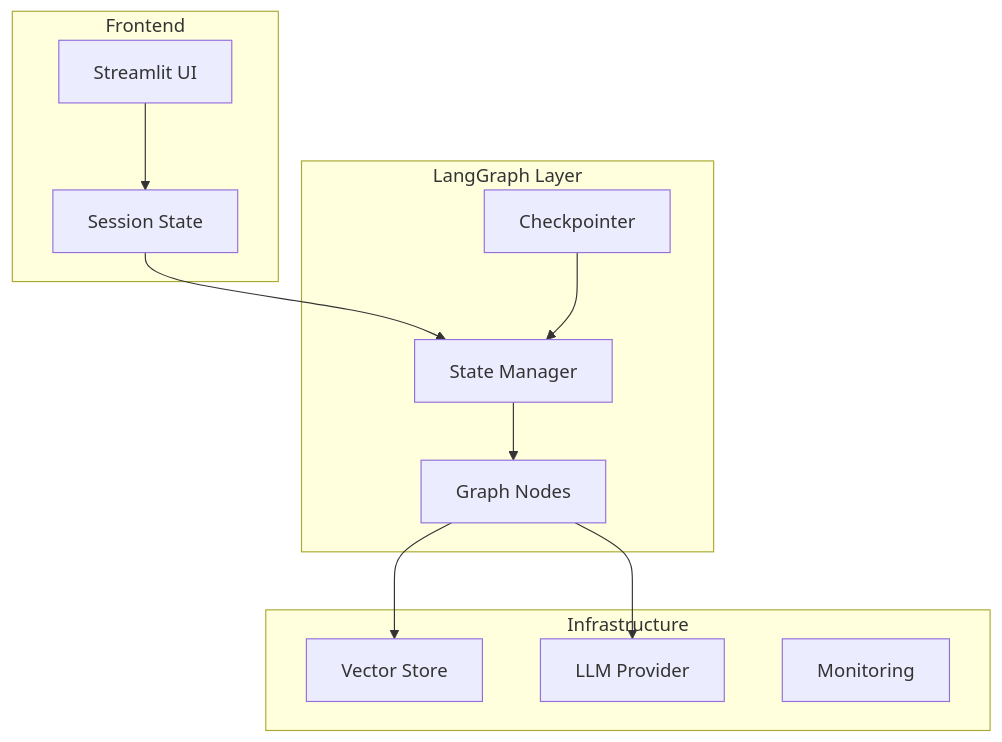
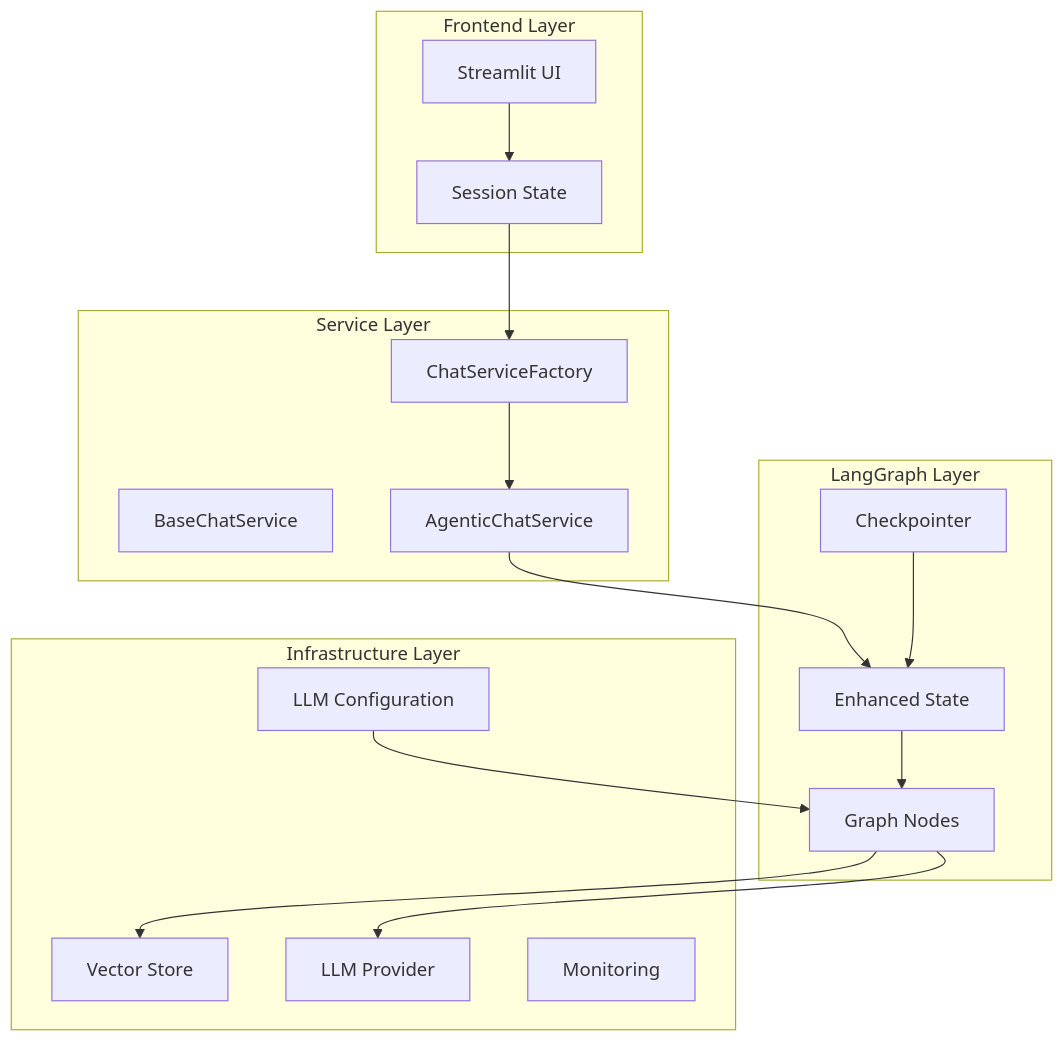
The first of 7 diagrams in memory-bank/systemPatterns.md (laialex501/lorechat-container), drawn with Mermaid before and after one commit. The commit also changed other lines of this file and 18 other files, not shown here.

Commit message:
Add agentic conversation flow

````diff
--- a/memory-bank/systemPatterns.md
+++ b/memory-bank/systemPatterns.md
@@ -5,26 +5,36 @@
 ```mermaid
 graph TD
-    subgraph "Frontend"
+    subgraph "Frontend Layer"
         A[Streamlit UI]
         B[Session State]
     end
     
-    subgraph "LangGraph Layer"
-        C[State Manager]
-        D[Graph Nodes]
-        E[Checkpointer]
+    subgraph "Service Layer"
+        C[ChatServiceFactory]
+        D[BaseChatService]
+        E[AgenticChatService]
     end
     
-    subgraph "Infrastructure"
-        F[Vector Store]
-        G[LLM Provider]
-        H[Monitoring]
+    subgraph "LangGraph Layer"
+        F[Enhanced State]
+        G[Graph Nodes]
+        H[Checkpointer]
+    end
+    
+    subgraph "Infrastructure Layer"
+        I[Vector Store]
+        J[LLM Provider]
+        K[LLM Configuration]
+        L[Monitoring]
     end
     
     A --> B
     B --> C
-    C --> D
-    D --> F
-    D --> G
-    E --> C
+    C --> E
+    E --> F
+    F --> G
+    G --> I
+    G --> J
+    K --> G
+    H --> F
 ```
````
